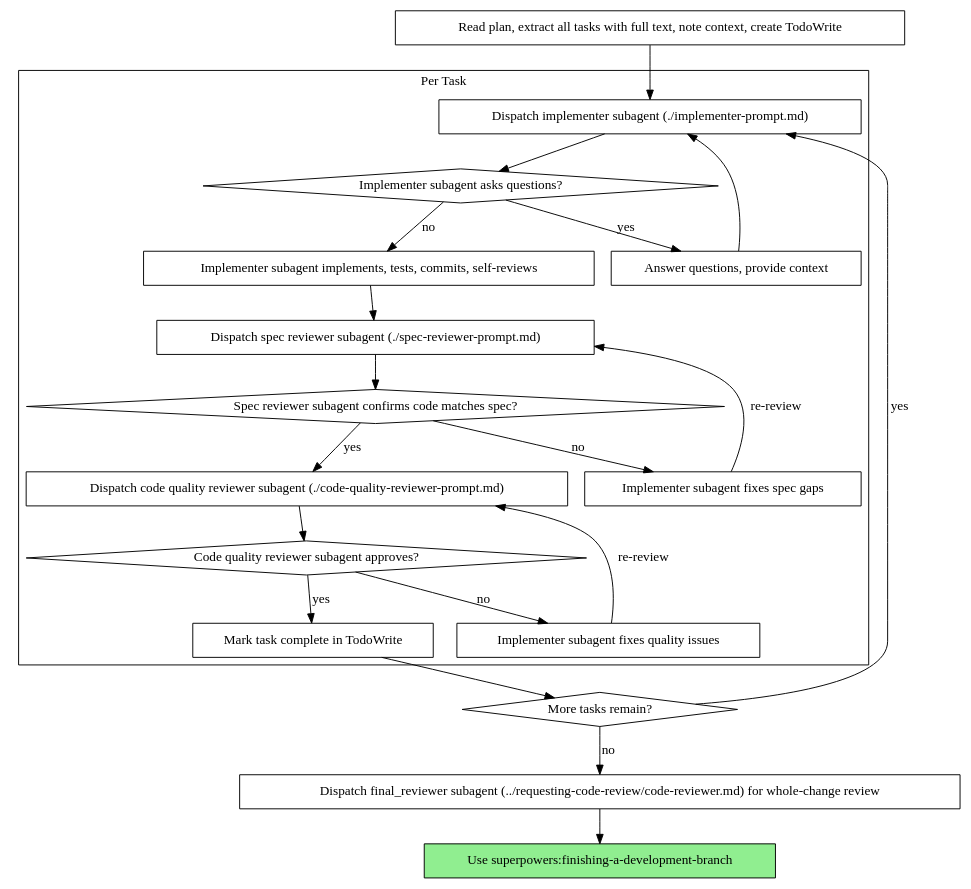
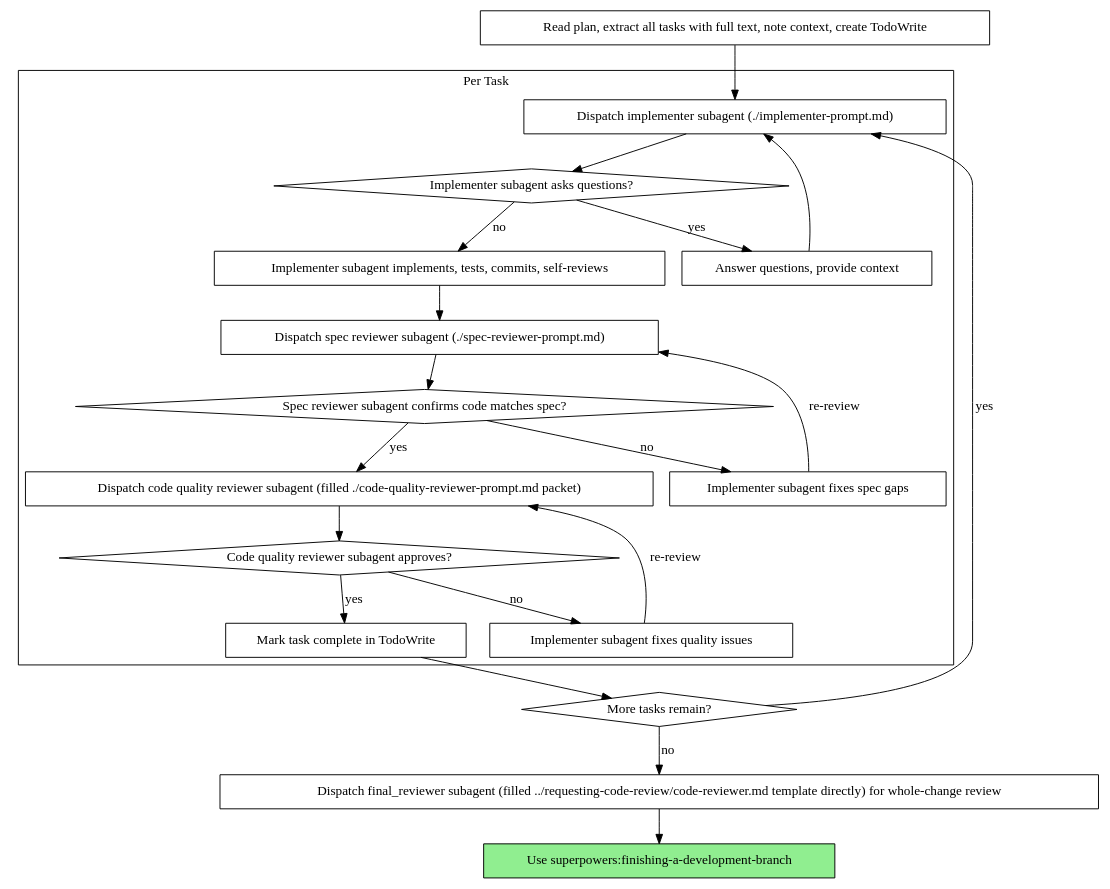
Before and after one commit to MaxFabian25/codex-workflows: the second of 2 diagrams in skills/subagent-driven-development/SKILL.md, drawn with Graphviz.

Commit message:
Clarify review packet wording in process graph

````diff
--- a/skills/subagent-driven-development/SKILL.md
+++ b/skills/subagent-driven-development/SKILL.md
@@ -42,44 +42,44 @@
 ```dot
 digraph process {
     rankdir=TB;
 
     subgraph cluster_per_task {
         label="Per Task";
         "Dispatch implementer subagent (./implementer-prompt.md)" [shape=box];
         "Implementer subagent asks questions?" [shape=diamond];
         "Answer questions, provide context" [shape=box];
         "Implementer subagent implements, tests, commits, self-reviews" [shape=box];
         "Dispatch spec reviewer subagent (./spec-reviewer-prompt.md)" [shape=box];
         "Spec reviewer subagent confirms code matches spec?" [shape=diamond];
         "Implementer subagent fixes spec gaps" [shape=box];
-        "Dispatch code quality reviewer subagent (./code-quality-reviewer-prompt.md)" [shape=box];
+        "Dispatch code quality reviewer subagent (filled ./code-quality-reviewer-prompt.md packet)" [shape=box];
         "Code quality reviewer subagent approves?" [shape=diamond];
         "Implementer subagent fixes quality issues" [shape=box];
         "Mark task complete in TodoWrite" [shape=box];
     }
 
     "Read plan, extract all tasks with full text, note context, create TodoWrite" [shape=box];
     "More tasks remain?" [shape=diamond];
-    "Dispatch final_reviewer subagent (../requesting-code-review/code-reviewer.md) for whole-change review" [shape=box];
+    "Dispatch final_reviewer subagent (filled ../requesting-code-review/code-reviewer.md template directly) for whole-change review" [shape=box];
     "Use superpowers:finishing-a-development-branch" [shape=box style=filled fillcolor=lightgreen];
 
     "Read plan, extract all tasks with full text, note context, create TodoWrite" -> "Dispatch implementer subagent (./implementer-prompt.md)";
     "Dispatch implementer subagent (./implementer-prompt.md)" -> "Implementer subagent asks questions?";
     "Implementer subagent asks questions?" -> "Answer questions, provide context" [label="yes"];
     "Answer questions, provide context" -> "Dispatch implementer subagent (./implementer-prompt.md)";
     "Implementer subagent asks questions?" -> "Implementer subagent implements, tests, commits, self-reviews" [label="no"];
     "Implementer subagent implements, tests, commits, self-reviews" -> "Dispatch spec reviewer subagent (./spec-reviewer-prompt.md)";
     "Dispatch spec reviewer subagent (./spec-reviewer-prompt.md)" -> "Spec reviewer subagent confirms code matches spec?";
     "Spec reviewer subagent confirms code matches spec?" -> "Implementer subagent fixes spec gaps" [label="no"];
     "Implementer subagent fixes spec gaps" -> "Dispatch spec reviewer subagent (./spec-reviewer-prompt.md)" [label="re-review"];
-    "Spec reviewer subagent confirms code matches spec?" -> "Dispatch code quality reviewer subagent (./code-quality-reviewer-prompt.md)" [label="yes"];
-    "Dispatch code quality reviewer subagent (./code-quality-reviewer-prompt.md)" -> "Code quality reviewer subagent approves?";
+    "Spec reviewer subagent confirms code matches spec?" -> "Dispatch code quality reviewer subagent (filled ./code-quality-reviewer-prompt.md packet)" [label="yes"];
+    "Dispatch code quality reviewer subagent (filled ./code-quality-reviewer-prompt.md packet)" -> "Code quality reviewer subagent approves?";
     "Code quality reviewer subagent approves?" -> "Implementer subagent fixes quality issues" [label="no"];
-    "Implementer subagent fixes quality issues" -> "Dispatch code quality reviewer subagent (./code-quality-reviewer-prompt.md)" [label="re-review"];
+    "Implementer subagent fixes quality issues" -> "Dispatch code quality reviewer subagent (filled ./code-quality-reviewer-prompt.md packet)" [label="re-review"];
     "Code quality reviewer subagent approves?" -> "Mark task complete in TodoWrite" [label="yes"];
     "Mark task complete in TodoWrite" -> "More tasks remain?";
     "More tasks remain?" -> "Dispatch implementer subagent (./implementer-prompt.md)" [label="yes"];
-    "More tasks remain?" -> "Dispatch final_reviewer subagent (../requesting-code-review/code-reviewer.md) for whole-change review" [label="no"];
-    "Dispatch final_reviewer subagent (../requesting-code-review/code-reviewer.md) for whole-change review" -> "Use superpowers:finishing-a-development-branch";
+    "More tasks remain?" -> "Dispatch final_reviewer subagent (filled ../requesting-code-review/code-reviewer.md template directly) for whole-change review" [label="no"];
+    "Dispatch final_reviewer subagent (filled ../requesting-code-review/code-reviewer.md template directly) for whole-change review" -> "Use superpowers:finishing-a-development-branch";
 }
 ```
````
